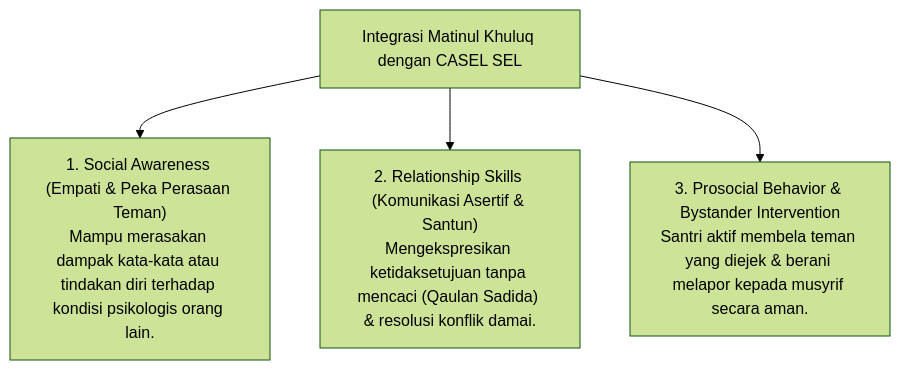
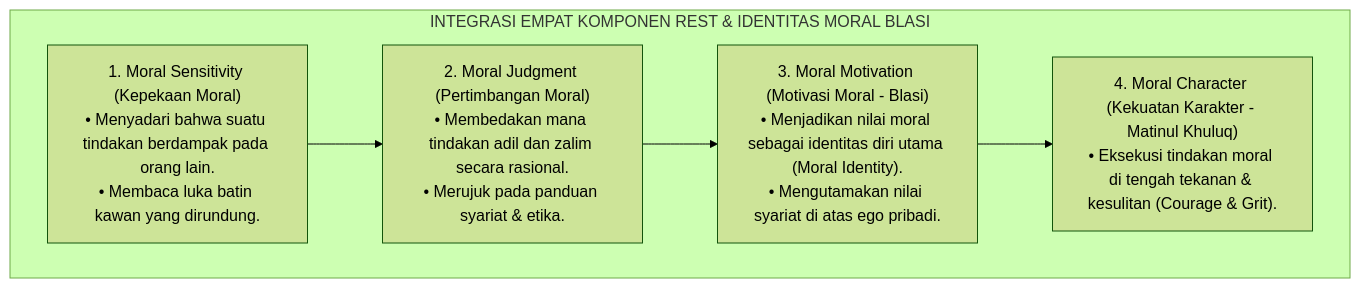
One commit to wandiapriliyandi/tumbuh changed the third of 8 diagrams in 03 Capacity Framework/06 Matinul Khuluq/P3-06-02-Definisi-dan-Konseptualisasi.md. Above: the diagram before and after it, drawn with Mermaid (forest theme). The commit also changed other lines of this file and 14 other files, not shown here.

Commit message:
docs(03-capacity): complete 15 research monographs for 06 Matinul Khuluq

````diff
--- a/03 Capacity Framework/06 Matinul Khuluq/P3-06-02-Definisi-dan-Konseptualisasi.md
+++ b/03 Capacity Framework/06 Matinul Khuluq/P3-06-02-Definisi-dan-Konseptualisasi.md
@@ -17,8 +106,11 @@
 ```mermaid
-graph TD
-    Akhlak_SEL["Integrasi Matinul Khuluq dengan CASEL SEL"]
-    
-    Akhlak_SEL --> S1["1. Social Awareness (Empati & Peka Perasaan Teman)<br/>Mampu merasakan dampak kata-kata atau tindakan diri terhadap kondisi psikologis orang lain."]
-    Akhlak_SEL --> S2["2. Relationship Skills (Komunikasi Asertif & Santun)<br/>Mengekspresikan ketidaksetujuan tanpa mencaci (Qaulan Sadida) & resolusi konflik damai."]
-    Akhlak_SEL --> S3["3. Prosocial Behavior & Bystander Intervention<br/>Santri aktif membela teman yang diejek & berani melapor kepada musyrif secara aman."]
+flowchart TD
+    subgraph ModelMoralRestBlasi["INTEGRASI EMPAT KOMPONEN REST & IDENTITAS MORAL BLASI"]
+        Sensitivitas["1. Moral Sensitivity (Kepekaan Moral)<br/>• Menyadari bahwa suatu tindakan berdampak pada orang lain.<br/>• Membaca luka batin kawan yang dirundung."]
+        Penilaian["2. Moral Judgment (Pertimbangan Moral)<br/>• Membedakan mana tindakan adil dan zalim secara rasional.<br/>• Merujuk pada panduan syariat & etika."]
+        Motivasi["3. Moral Motivation (Motivasi Moral - Blasi)<br/>• Menjadikan nilai moral sebagai identitas diri utama (Moral Identity).<br/>• Mengutamakan nilai syariat di atas ego pribadi."]
+        Karakter["4. Moral Character (Kekuatan Karakter - Matinul Khuluq)<br/>• Eksekusi tindakan moral di tengah tekanan & kesulitan (Courage & Grit)."]
+        
+        Sensitivitas --> Penilaian --> Motivasi --> Karakter
+    end
 ```
````
